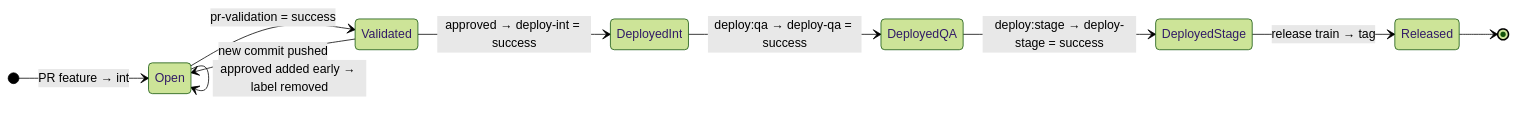
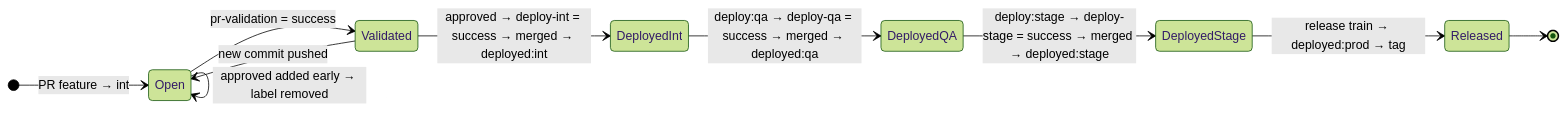
Before and after one commit to muraliseelam/sfdx-pipeline-actions: the tenth of 10 diagrams in docs/Product_Documentation.md, drawn with Mermaid (forest theme). The commit also changed other lines of this file and 5 other files, not shown here.

````diff
--- a/docs/Product_Documentation.md
+++ b/docs/Product_Documentation.md
@@ -666,14 +936,14 @@
 ```mermaid
 stateDiagram-v2
     direction LR
     [*] --> Open: PR feature → int
     Open --> Validated: pr-validation = success
-    Validated --> DeployedInt: approved → deploy-int = success
-    DeployedInt --> DeployedQA: deploy:qa → deploy-qa = success
-    DeployedQA --> DeployedStage: deploy:stage → deploy-stage = success
-    DeployedStage --> Released: release train → tag
+    Validated --> DeployedInt: approved → deploy-int = success → merged → deployed:int
+    DeployedInt --> DeployedQA: deploy:qa → deploy-qa = success → merged → deployed:qa
+    DeployedQA --> DeployedStage: deploy:stage → deploy-stage = success → merged → deployed:stage
+    DeployedStage --> Released: release train → deployed:prod → tag
     Released --> [*]
 
     Validated --> Open: new commit pushed
     Open --> Open: approved added early → label removed
 ```
````
